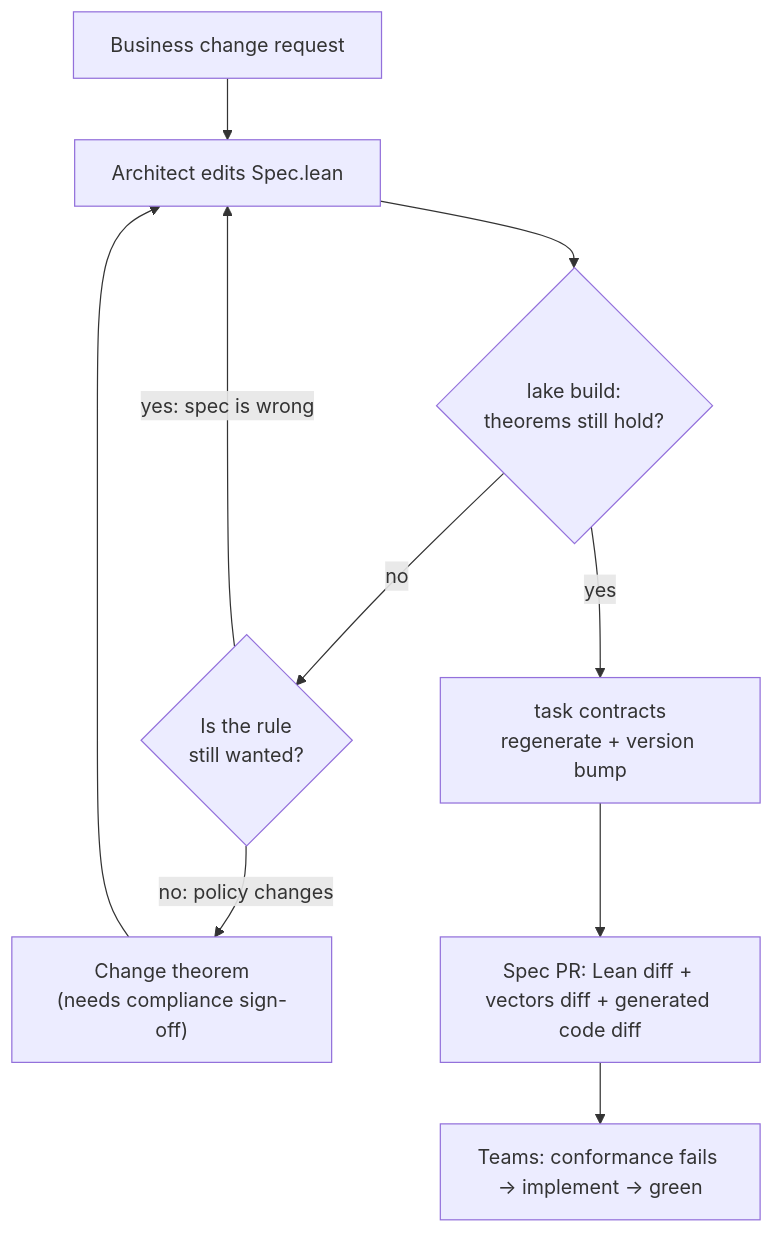
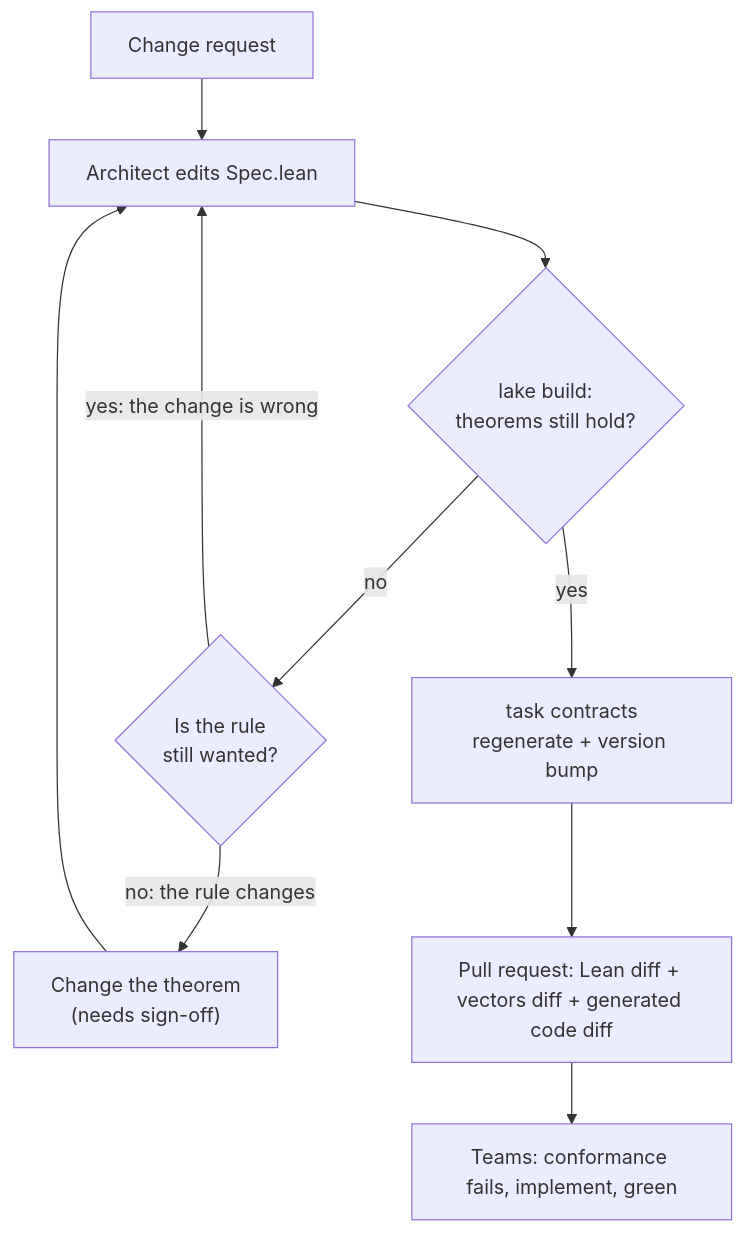
One commit to miroslav-matejovsky/lean-demo changed the first of 2 diagrams in docs/architecture/operating-model.md. Above: the diagram before and after it, drawn with Mermaid. The commit also changed other lines of this file and 103 other files, not shown here.

````diff
--- a/docs/architecture/operating-model.md
+++ b/docs/architecture/operating-model.md
@@ -24,11 +23,11 @@
 ```mermaid
 flowchart TD
-    R["Business change request"] --> S["Architect edits Spec.lean"]
+    R["Change request"] --> S["Architect edits Spec.lean"]
     S --> P{"lake build:<br/>theorems still hold?"}
     P -- no --> Q{"Is the rule<br/>still wanted?"}
-    Q -- "yes: spec is wrong" --> S
-    Q -- "no: policy changes" --> T["Change theorem<br/>(needs compliance sign-off)"] --> S
+    Q -- "yes: the change is wrong" --> S
+    Q -- "no: the rule changes" --> T["Change the theorem<br/>(needs sign-off)"] --> S
     P -- yes --> G["task contracts<br/>regenerate + version bump"]
-    G --> PR["Spec PR: Lean diff + vectors diff + generated code diff"]
-    PR --> TEAMS["Teams: conformance fails → implement → green"]
+    G --> PR["Pull request: Lean diff + vectors diff + generated code diff"]
+    PR --> TEAMS["Teams: conformance fails, implement, green"]
 ```
````
